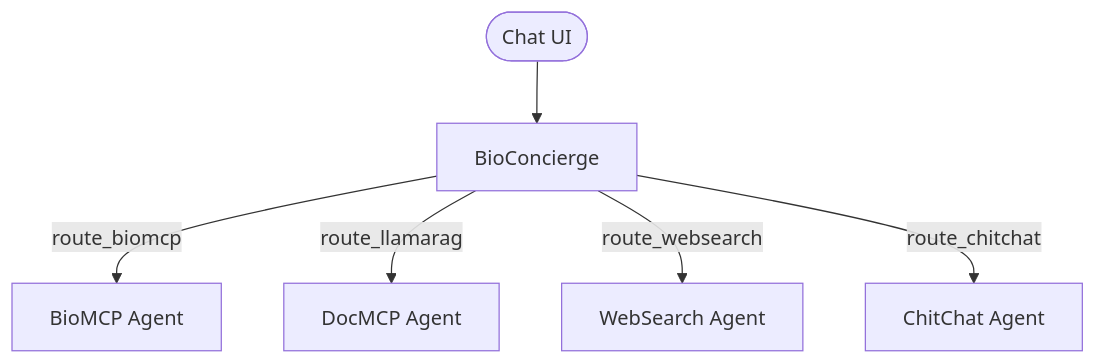
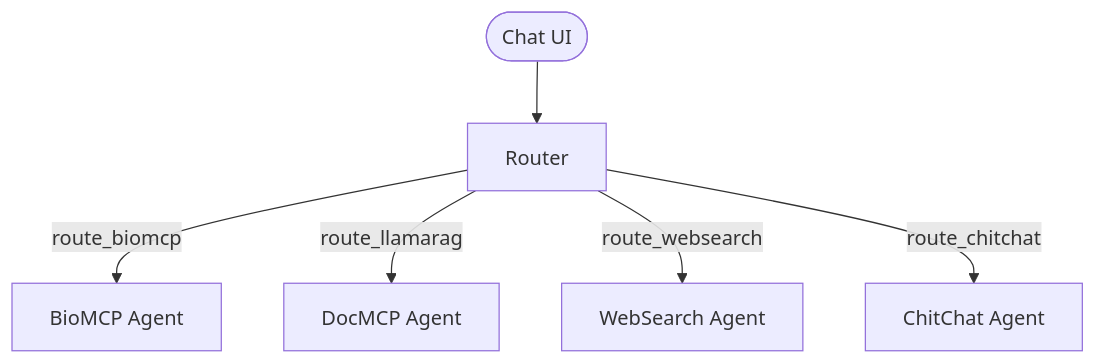
Before and after one commit to theodoremui/bioreasoning: the fourth of 4 diagrams in README.md, drawn with Mermaid. The commit also changed other lines of this file and 14 other files, not shown here.

Commit message:
Working version of BioRouterAgent

````diff
--- a/README.md
+++ b/README.md
@@ -550,8 +550,8 @@
 ```mermaid
 flowchart TD
-    UI([Chat UI]) --> Concierge[BioConcierge]
+    UI([Chat UI]) --> Concierge[Router]
     Concierge -->|route_biomcp| Bio[BioMCP Agent]
     Concierge -->|route_llamarag| Doc[DocMCP Agent]
     Concierge -->|route_websearch| Web[WebSearch Agent]
     Concierge -->|route_chitchat| Chat[ChitChat Agent]
 ```
````
